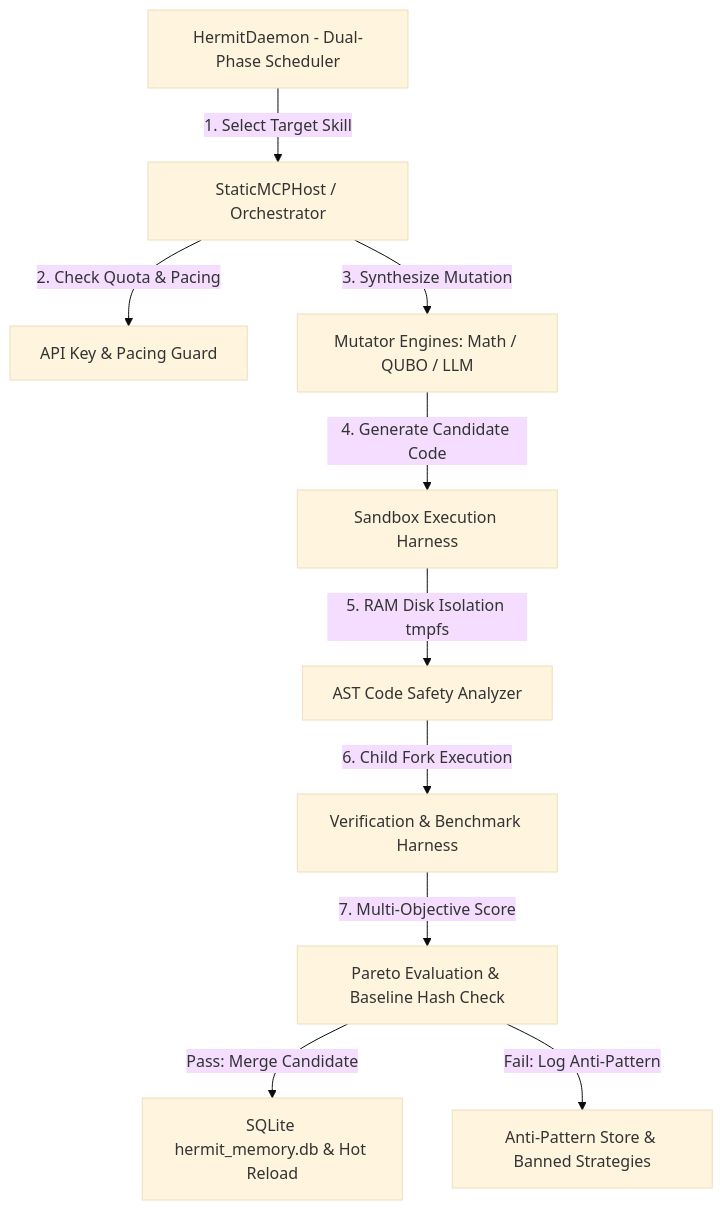
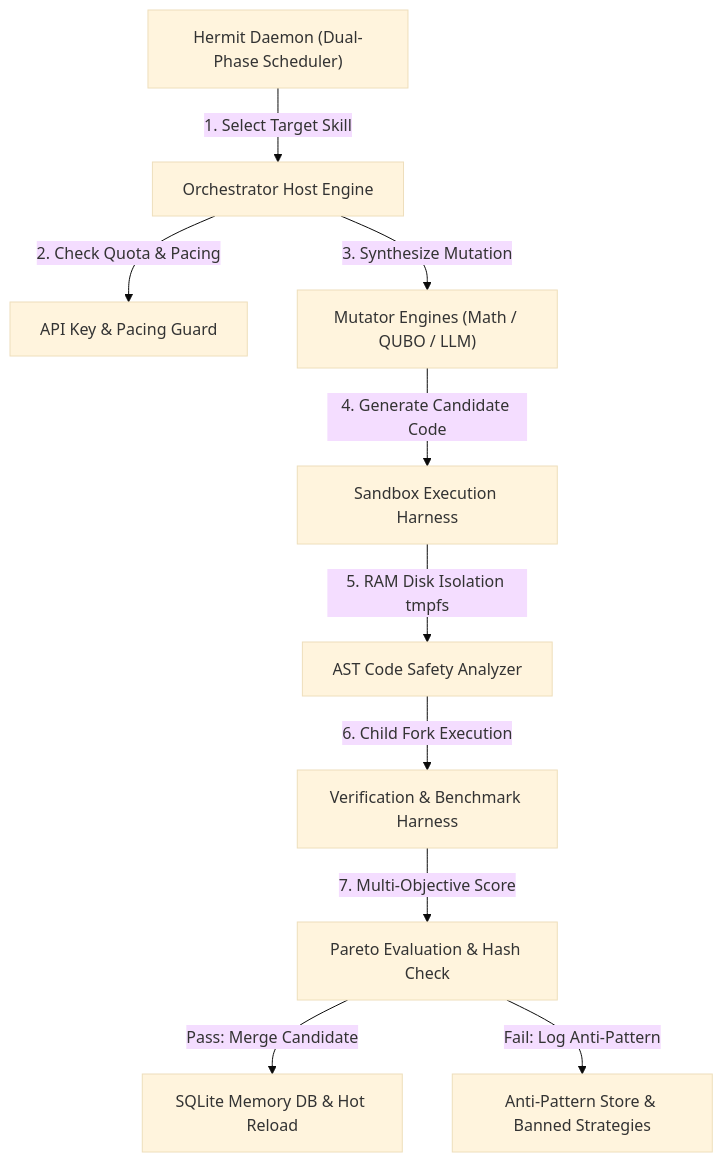
One commit to codebyangelo/project-hermit changed the diagram in README.md. Above: the diagram before and after it, drawn with Mermaid (base theme). The commit also changed other lines of this file and 891 other files, not shown here.

First line of the commit message:
Modernize package architecture and decouple legacy release trees

````diff
--- a/README.md
+++ b/README.md
@@ -38,12 +32,12 @@
 ```mermaid
 graph TD
-    A[HermitDaemon - Dual-Phase Scheduler] -->|1. Select Target Skill| B[StaticMCPHost / Orchestrator]
-    B -->|2. Check Quota & Pacing| C[API Key & Pacing Guard]
-    B -->|3. Synthesize Mutation| D[Mutator Engines: Math / QUBO / LLM]
-    D -->|4. Generate Candidate Code| E[Sandbox Execution Harness]
-    E -->|5. RAM Disk Isolation tmpfs| F[AST Code Safety Analyzer]
-    F -->|6. Child Fork Execution| G[Verification & Benchmark Harness]
-    G -->|7. Multi-Objective Score| H[Pareto Evaluation & Baseline Hash Check]
-    H -->|Pass: Merge Candidate| I[SQLite hermit_memory.db & Hot Reload]
-    H -->|Fail: Log Anti-Pattern| J[Anti-Pattern Store & Banned Strategies]
+    A["Hermit Daemon (Dual-Phase Scheduler)"] -->|1. Select Target Skill| B["Orchestrator Host Engine"]
+    B -->|2. Check Quota & Pacing| C["API Key & Pacing Guard"]
+    B -->|3. Synthesize Mutation| D["Mutator Engines (Math / QUBO / LLM)"]
+    D -->|4. Generate Candidate Code| E["Sandbox Execution Harness"]
+    E -->|5. RAM Disk Isolation tmpfs| F["AST Code Safety Analyzer"]
+    F -->|6. Child Fork Execution| G["Verification & Benchmark Harness"]
+    G -->|7. Multi-Objective Score| H["Pareto Evaluation & Hash Check"]
+    H -->|Pass: Merge Candidate| I["SQLite Memory DB & Hot Reload"]
+    H -->|Fail: Log Anti-Pattern| J["Anti-Pattern Store & Banned Strategies"]
 ```
````
